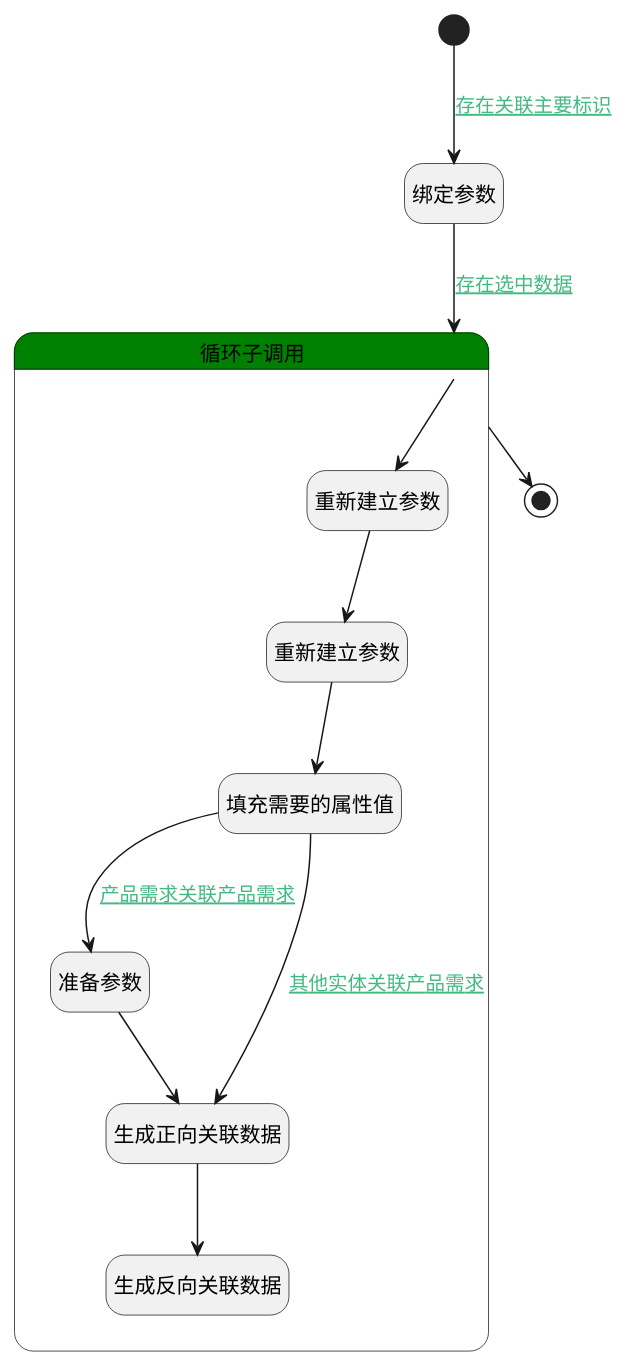
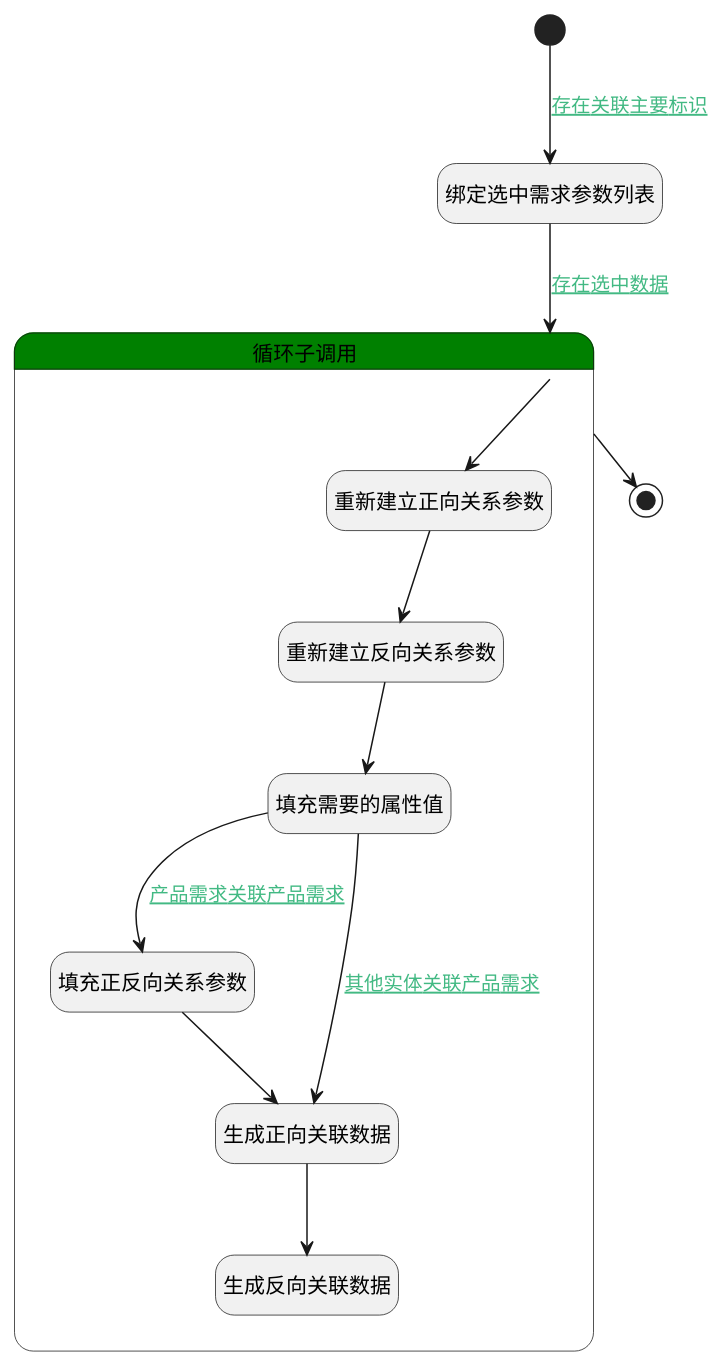
The diagram in doc/docsify/module/ProdMgmt/idea/logic/others_relation_idea.md (iBizLab/plm), drawn with PlantUML before and after one commit. The commit also changed other lines of this file and 1068 other files, not shown here.

````diff
--- a/doc/docsify/module/ProdMgmt/idea/logic/others_relation_idea.md
+++ b/doc/docsify/module/ProdMgmt/idea/logic/others_relation_idea.md
@@ -7,37 +7,37 @@
 ```plantuml
 @startuml
 hide empty description
 <style>
 root {
   HyperlinkColor #42b983
 }
 </style>
 
 hide empty description
 state "开始" as Begin <<start>> [[$./others_relation_idea#begin {"开始"}]]
-state "绑定参数" as BINDPARAM1  [[$./others_relation_idea#bindparam1 {"绑定参数"}]]
+state "绑定选中需求参数列表" as BINDPARAM1  [[$./others_relation_idea#bindparam1 {"绑定选中需求参数列表"}]]
 state "结束" as END1 <<end>> [[$./others_relation_idea#end1 {"结束"}]]
 state "循环子调用" as LOOPSUBCALL1  [[$./others_relation_idea#loopsubcall1 {"循环子调用"}]] #green {
-state "重新建立参数" as RENEWPARAM1  [[$./others_relation_idea#renewparam1 {"重新建立参数"}]]
-state "重新建立参数" as RENEWPARAM2  [[$./others_relation_idea#renewparam2 {"重新建立参数"}]]
+state "重新建立正向关系参数" as RENEWPARAM1  [[$./others_relation_idea#renewparam1 {"重新建立正向关系参数"}]]
+state "重新建立反向关系参数" as RENEWPARAM2  [[$./others_relation_idea#renewparam2 {"重新建立反向关系参数"}]]
 state "填充需要的属性值" as PREPAREPARAM1  [[$./others_relation_idea#prepareparam1 {"填充需要的属性值"}]]
-state "准备参数" as PREPAREPARAM2  [[$./others_relation_idea#prepareparam2 {"准备参数"}]]
+state "填充正反向关系参数" as PREPAREPARAM2  [[$./others_relation_idea#prepareparam2 {"填充正反向关系参数"}]]
 state "生成正向关联数据" as DEACTION1  [[$./others_relation_idea#deaction1 {"生成正向关联数据"}]]
 state "生成反向关联数据" as DEACTION2  [[$./others_relation_idea#deaction2 {"生成反向关联数据"}]]
 }
 
 
 Begin --> BINDPARAM1 : [[$./others_relation_idea#begin-bindparam1{存在关联主要标识} 存在关联主要标识]]
 BINDPARAM1 --> LOOPSUBCALL1 : [[$./others_relation_idea#bindparam1-loopsubcall1{存在选中数据} 存在选中数据]]
 LOOPSUBCALL1 --> RENEWPARAM1
 RENEWPARAM1 --> RENEWPARAM2
 RENEWPARAM2 --> PREPAREPARAM1
 PREPAREPARAM1 --> PREPAREPARAM2 : [[$./others_relation_idea#prepareparam1-prepareparam2{产品需求关联产品需求} 产品需求关联产品需求]]
 PREPAREPARAM2 --> DEACTION1
 DEACTION1 --> DEACTION2
 PREPAREPARAM1 --> DEACTION1 : [[$./others_relation_idea#prepareparam1-deaction1{其他实体关联产品需求} 其他实体关联产品需求]]
 LOOPSUBCALL1 --> END1
 
 
 @enduml
 ```
````
